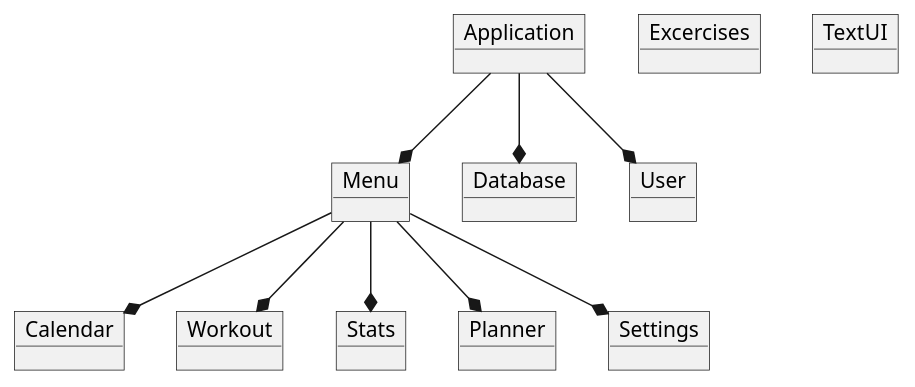
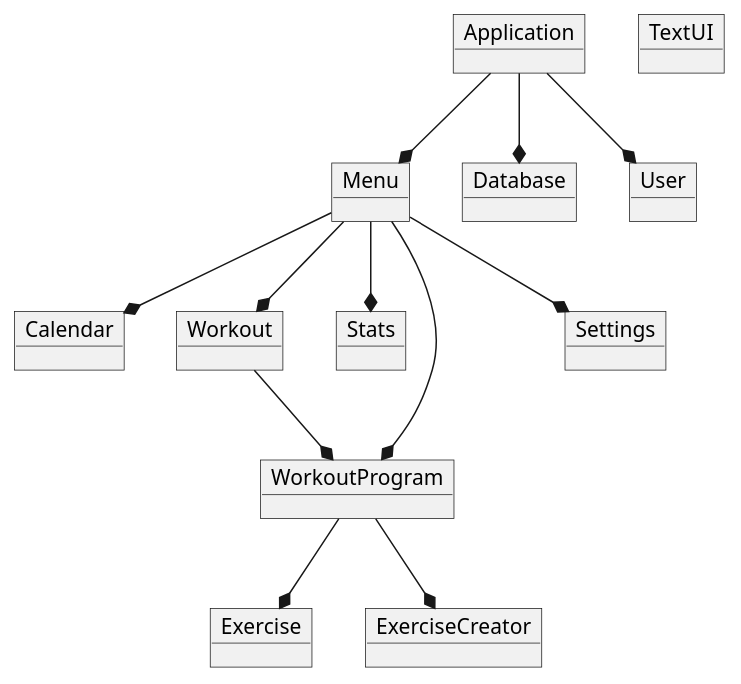
Before and after one commit to emil2112/ICE-gruppeD: the diagram in doc/DomainModel.puml, drawn with PlantUML.

Commit message:
DomainModel done 1.0

```diff
--- a/doc/DomainModel.puml
+++ b/doc/DomainModel.puml
@@ -1,24 +1,30 @@
 @startuml
 object Application
 object Menu
 object Database
 object Calendar
 object Workout
 object Stats
 object User
-object Planner
-object Excercises
+object WorkoutProgram
+object Exercise
+object ExerciseCreator
 object Settings
 object TextUI
 
 Application --* Database
 Application --* Menu
 Application --* User
 
-Menu --* Planner
+Menu --* WorkoutProgram
 Menu --* Settings
 Menu --* Calendar
 Menu --* Workout
 Menu --* Stats
 
+Workout --* WorkoutProgram
+
+WorkoutProgram --* Exercise
+WorkoutProgram --* ExerciseCreator
+
 @enduml
```
